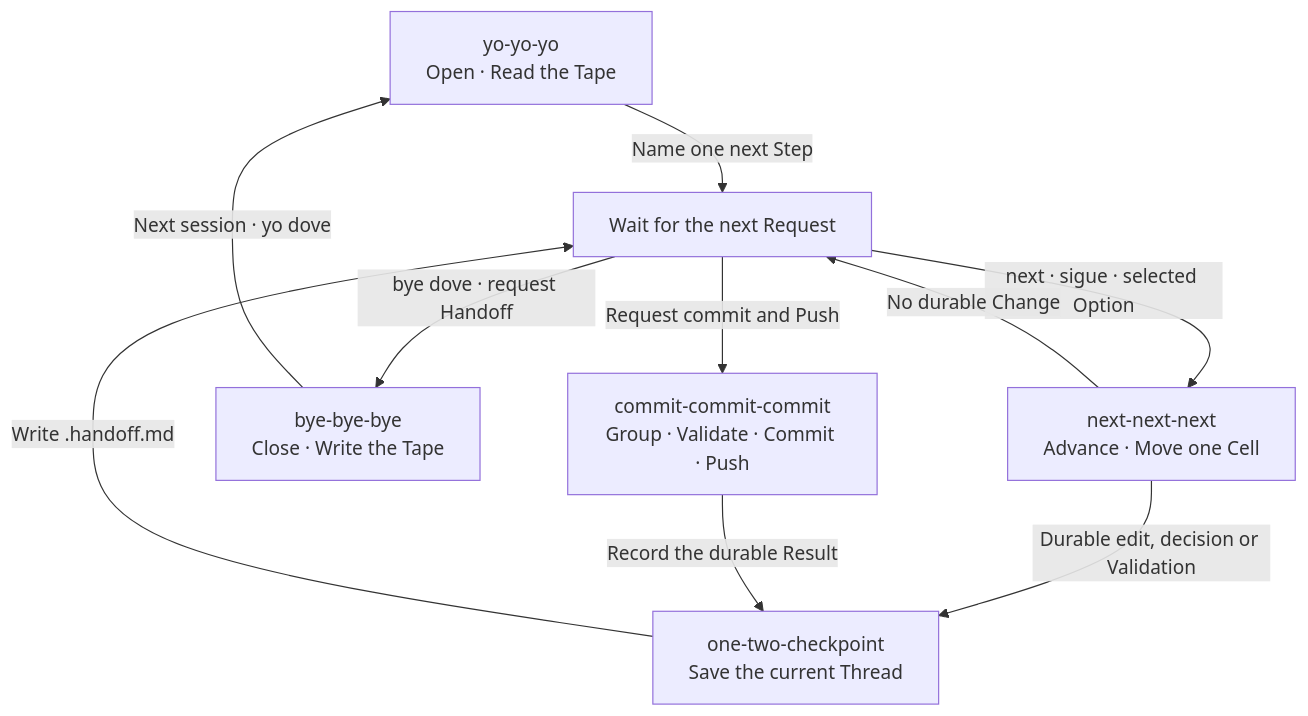
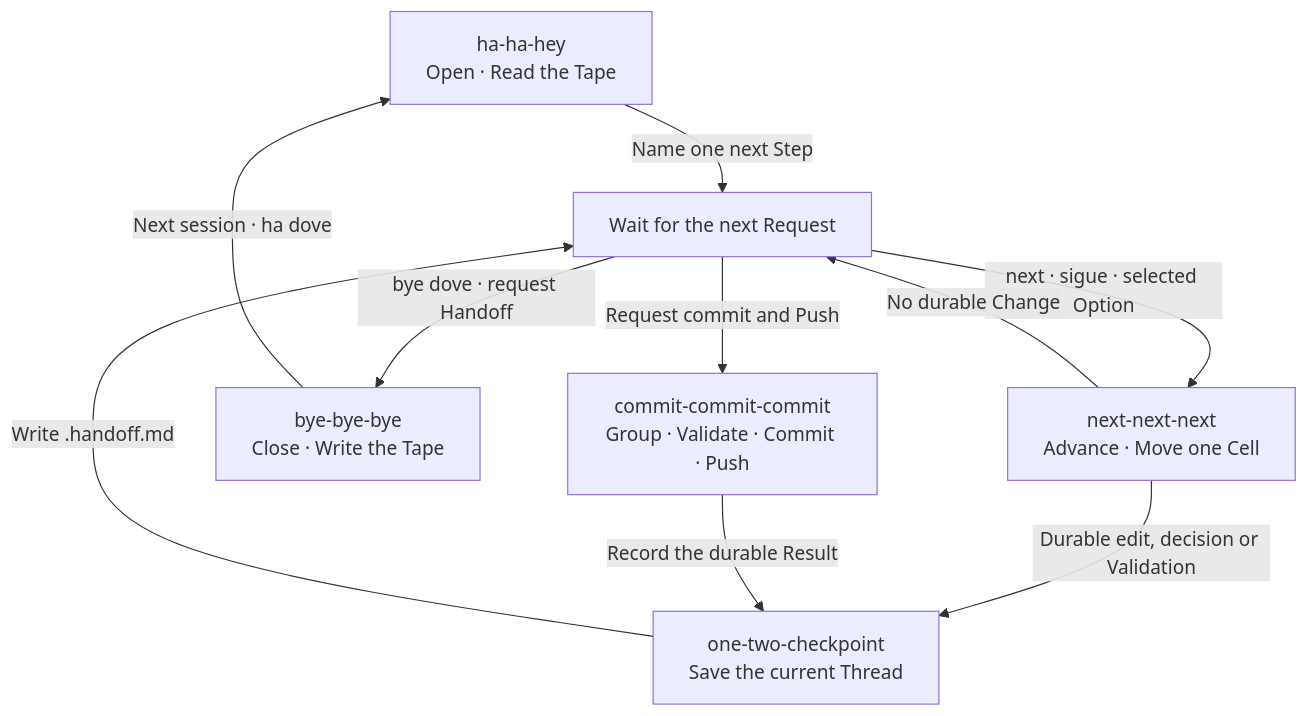
One commit to metaliaw/muchi changed the diagram in backend/.agents/canon/patterns/the-lever-and-the-tape.md. Above: the diagram before and after it, drawn with Mermaid. The commit also changed 22 other files, not shown here.

````diff
--- a/backend/.agents/canon/patterns/the-lever-and-the-tape.md
+++ b/backend/.agents/canon/patterns/the-lever-and-the-tape.md
@@ -7,20 +7,20 @@
 ```mermaid
 flowchart TD
-    YO["yo-yo-yo<br/>Open · Read the Tape"]
+    HEY["ha-ha-hey<br/>Open · Read the Tape"]
     NEXT["next-next-next<br/>Advance · Move one Cell"]
     BYE["bye-bye-bye<br/>Close · Write the Tape"]
 
     CHECKPOINT["one-two-checkpoint<br/>Save the current Thread"]
     WAIT["Wait for the next Request"]
     COMMIT["commit-commit-commit<br/>Group · Validate · Commit · Push"]
 
-    YO -- "Name one next Step" --> WAIT
+    HEY -- "Name one next Step" --> WAIT
     WAIT -- "next · sigue · selected Option" --> NEXT
     NEXT -- "Durable edit, decision or Validation" --> CHECKPOINT
     CHECKPOINT -- "Write .handoff.md" --> WAIT
     NEXT -- "No durable Change" --> WAIT
     WAIT -- "Request commit and Push" --> COMMIT
     COMMIT -- "Record the durable Result" --> CHECKPOINT
     WAIT -- "bye dove · request Handoff" --> BYE
-    BYE -- "Next session · yo dove" --> YO
+    BYE -- "Next session · ha dove" --> HEY
 ```
````
